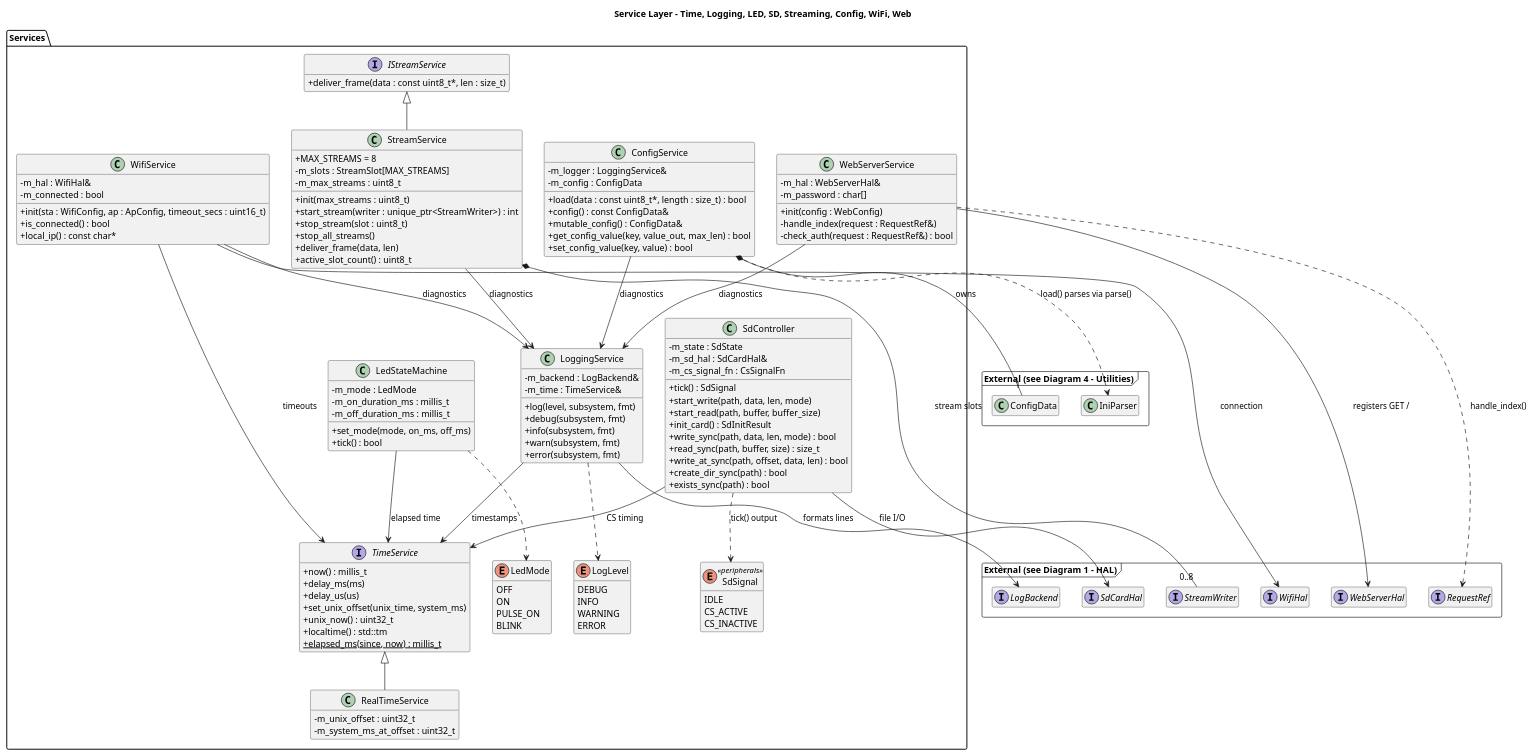
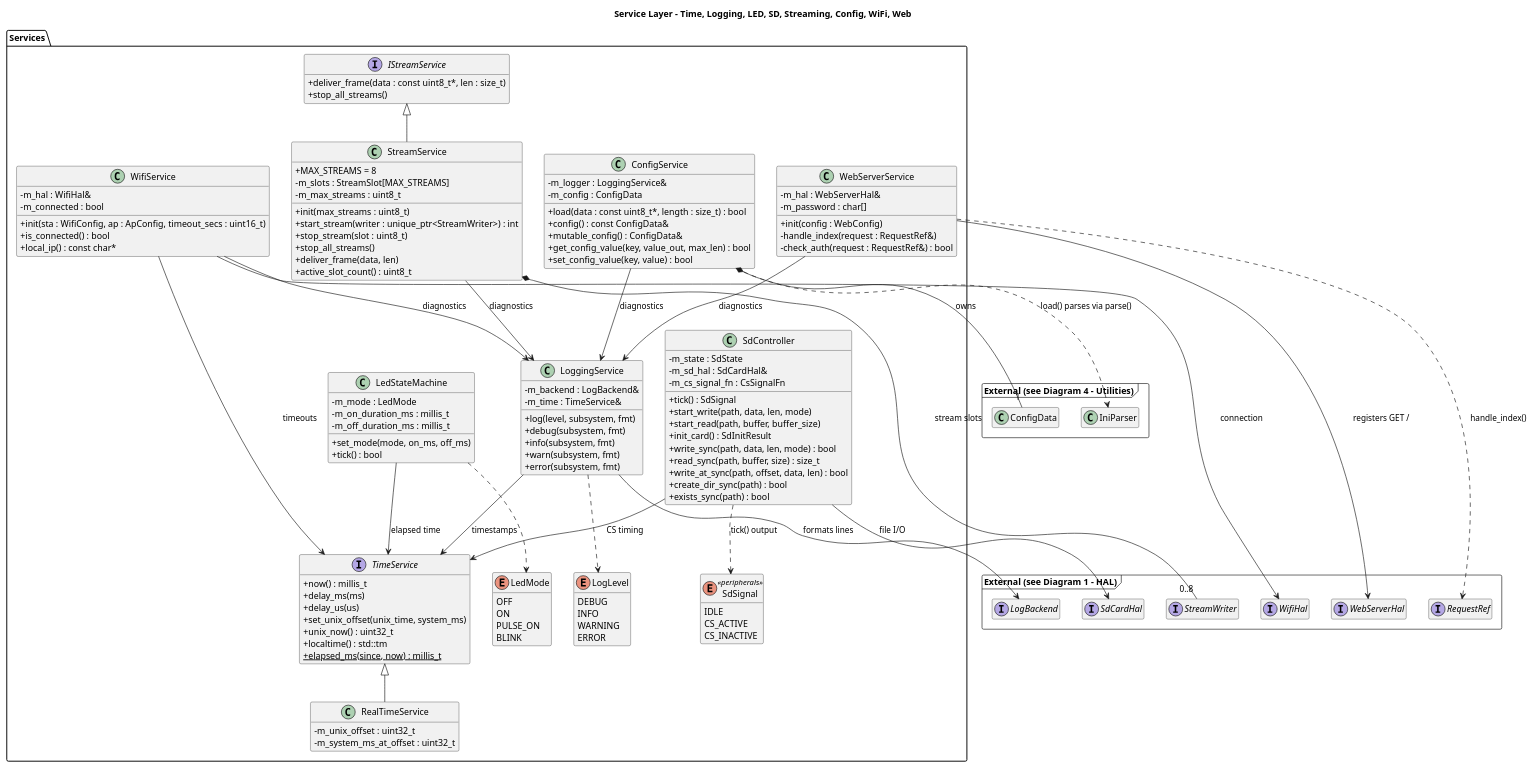
Before and after one commit to timwalsh41/micro-security-cam: the second of 8 diagrams in docs/SYSTEM_DESIGN.md, drawn with PlantUML. The commit also changed other lines of this file and 14 other files, not shown here.

```diff
--- a/docs/SYSTEM_DESIGN.md
+++ b/docs/SYSTEM_DESIGN.md
@@ -333,6 +333,7 @@
 
     interface IStreamService {
         +deliver_frame(data : const uint8_t*, len : size_t)
+        +stop_all_streams()
     }
 
     class StreamService {
```
